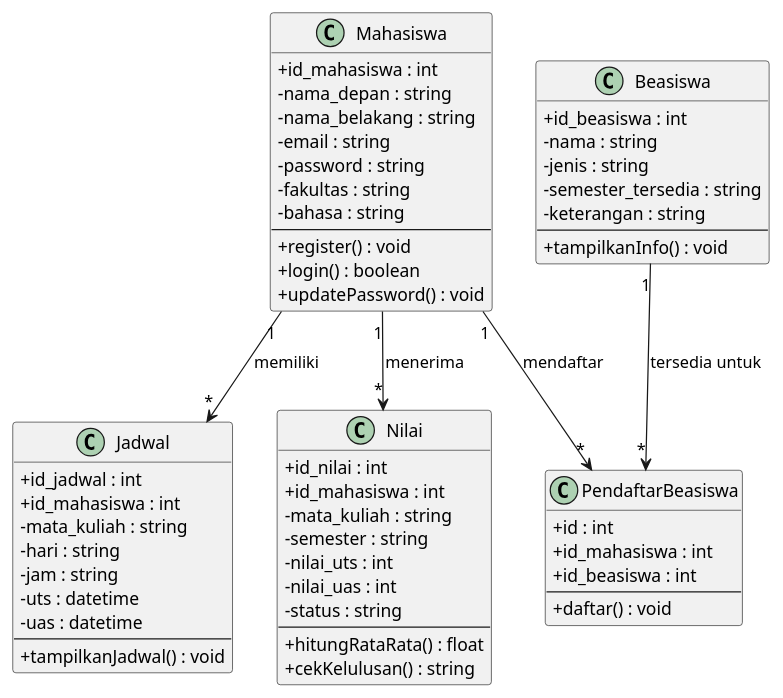
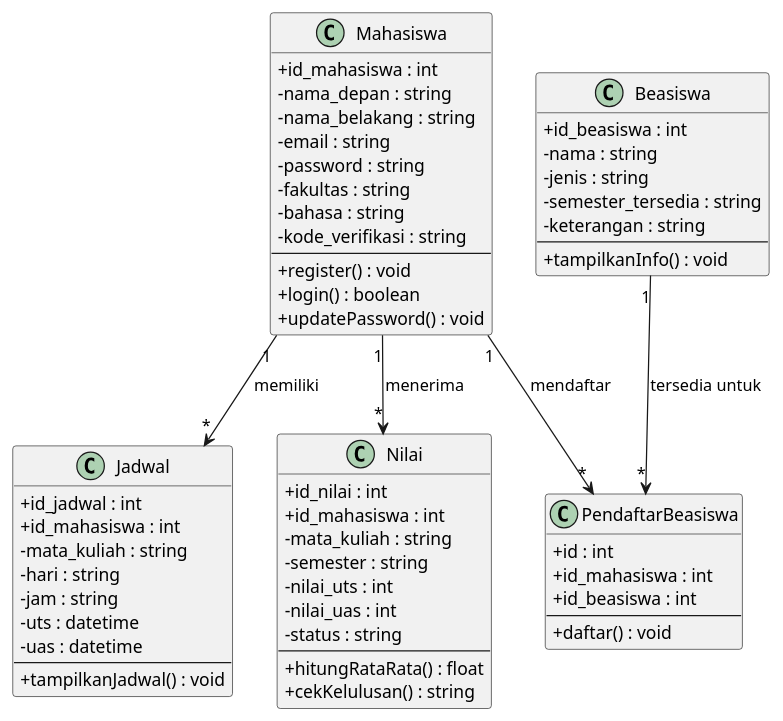
The diagram in Project akhir/class.puml (Kevin420-KS/APSI-Analisis-Perancangan-Sistem-Informasi-), drawn with PlantUML before and after one commit. The commit also changed 4 other files, not shown here.

```diff
--- a/Project akhir/class.puml
+++ b/Project akhir/class.puml
@@ -1,65 +1,66 @@
 @startuml
 skinparam classAttributeIconSize 0
 
 class Mahasiswa {
   +id_mahasiswa : int
   -nama_depan : string
   -nama_belakang : string
   -email : string
   -password : string
   -fakultas : string
   -bahasa : string
+  -kode_verifikasi : string
   --
   +register() : void
   +login() : boolean
   +updatePassword() : void
 }
 
 class Jadwal {
   +id_jadwal : int
   +id_mahasiswa : int
   -mata_kuliah : string
   -hari : string
   -jam : string
   -uts : datetime
   -uas : datetime
   --
   +tampilkanJadwal() : void
 }
 
 class Nilai {
   +id_nilai : int
   +id_mahasiswa : int
   -mata_kuliah : string
   -semester : string
   -nilai_uts : int
   -nilai_uas : int
   -status : string
   --
   +hitungRataRata() : float
   +cekKelulusan() : string
 }
 
 class Beasiswa {
   +id_beasiswa : int
   -nama : string
   -jenis : string
   -semester_tersedia : string
   -keterangan : string
   --
   +tampilkanInfo() : void
 }
 
 class PendaftarBeasiswa {
   +id : int
   +id_mahasiswa : int
   +id_beasiswa : int
   --
   +daftar() : void
 }
 
 Mahasiswa "1" --> "*" Jadwal : memiliki
 Mahasiswa "1" --> "*" Nilai : menerima
 Mahasiswa "1" --> "*" PendaftarBeasiswa : mendaftar
 Beasiswa "1" --> "*" PendaftarBeasiswa : tersedia untuk
 @enduml
```
